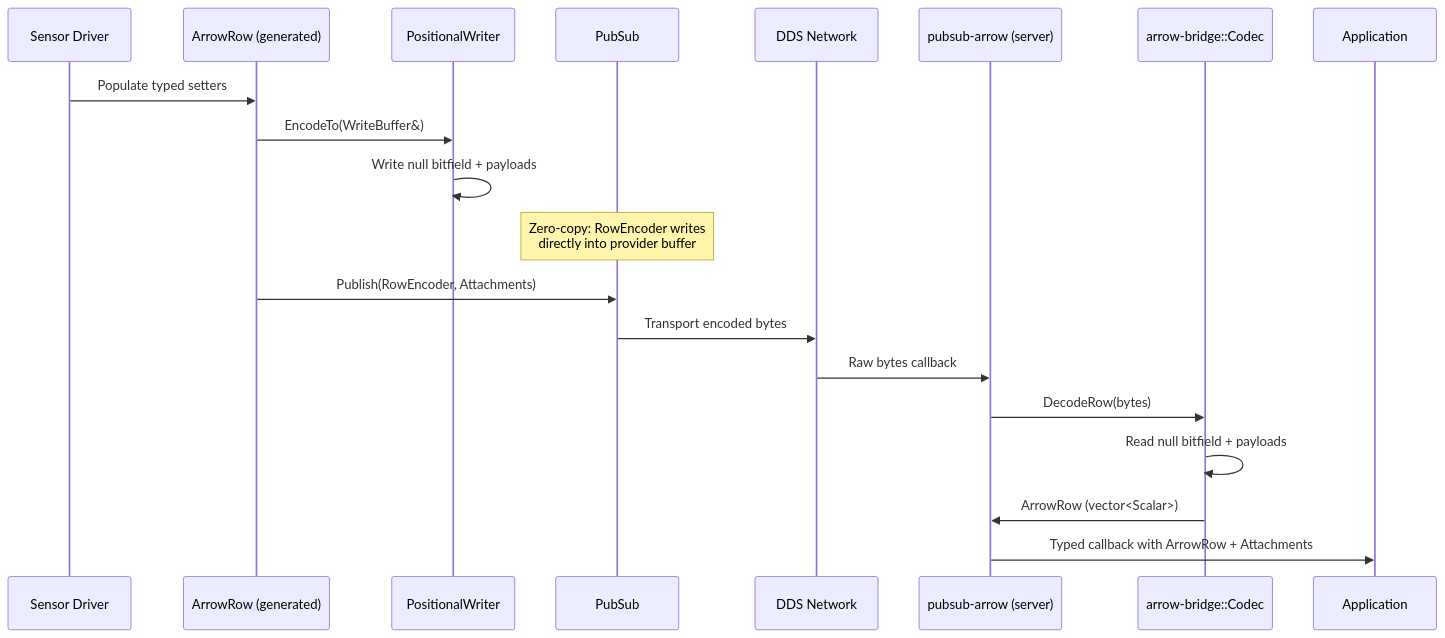
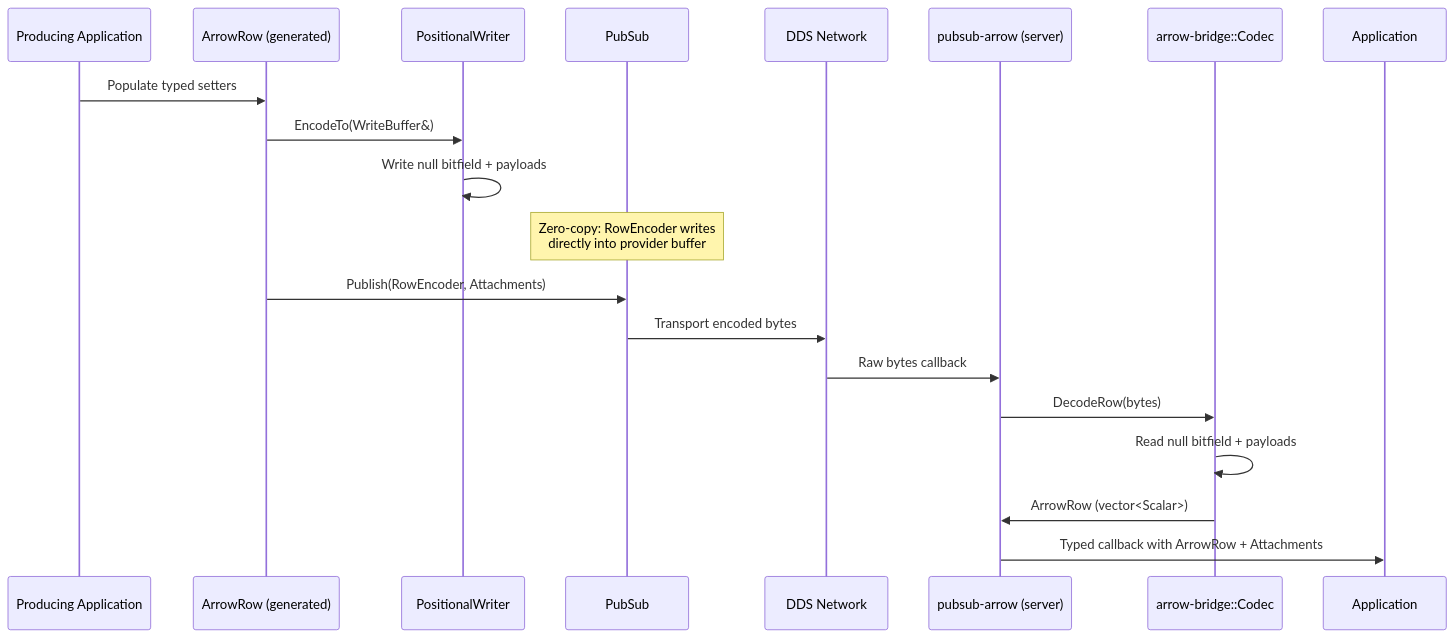
Before and after one commit to eivacom/Fletcher: the first of 7 diagrams in docs/data-flow-diagrams.md, drawn with Mermaid. The commit also changed other lines of this file and 7 other files, not shown here.

````diff
--- a/docs/data-flow-diagrams.md
+++ b/docs/data-flow-diagrams.md
@@ -5,26 +5,26 @@
 ```mermaid
 sequenceDiagram
-    participant S as Sensor Driver
+    participant S as Producing Application
     participant AR as ArrowRow (generated)
     participant PW as PositionalWriter
     participant PP as PubSub
     participant NET as DDS Network
     participant PS as pubsub-arrow (server)
     participant PC as arrow-bridge::Codec
     participant APP as Application
 
     S->>AR: Populate typed setters
     AR->>PW: EncodeTo(WriteBuffer&)
     PW->>PW: Write null bitfield + payloads
 
     Note over PP: Zero-copy: RowEncoder writes<br/>directly into provider buffer
 
     AR->>PP: Publish(RowEncoder, Attachments)
     PP->>NET: Transport encoded bytes
 
     NET->>PS: Raw bytes callback
     PS->>PC: DecodeRow(bytes)
     PC->>PC: Read null bitfield + payloads
     PC->>PS: ArrowRow (vector<Scalar>)
     PS->>APP: Typed callback with ArrowRow + Attachments
 ```
````
